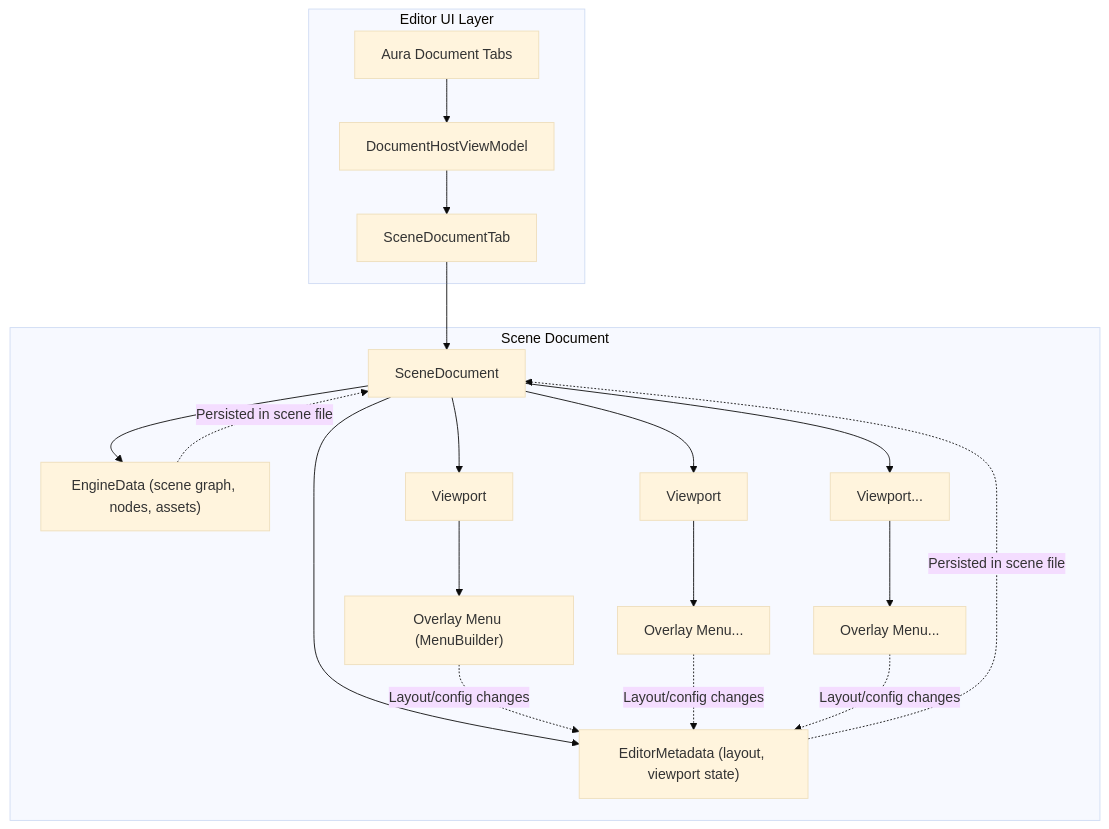
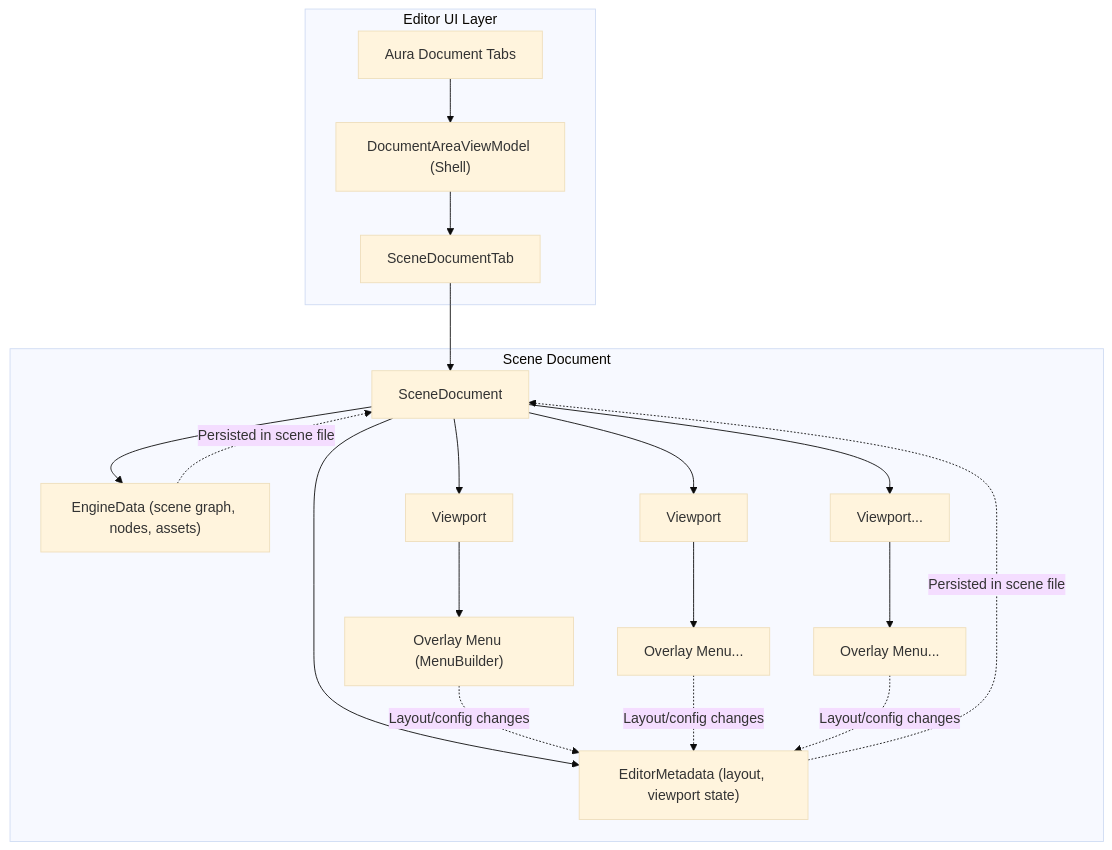
Before and after one commit to abdes/DroidNet: the diagram in projects/Oxygen.Editor.WorldEditor/docs/design-editors.md, drawn with Mermaid (base theme). The commit also changed other lines of this file and 222 other files, not shown here.

````diff
--- a/projects/Oxygen.Editor.WorldEditor/docs/design-editors.md
+++ b/projects/Oxygen.Editor.WorldEditor/docs/design-editors.md
@@ -8,40 +7,40 @@
 ```mermaid
 graph TB
     subgraph "Editor UI Layer"
         AuraTabs["Aura Document Tabs"]
-        DocHostVM["DocumentHostViewModel"]
+        DocHostVM["DocumentAreaViewModel (Shell)"]
         SceneTab["SceneDocumentTab"]
     end
 
     subgraph "Scene Document"
         SceneDoc["SceneDocument"]
         EditorMeta["EditorMetadata (layout, viewport state)"]
         EngineData["EngineData (scene graph, nodes, assets)"]
         Viewport1["Viewport"]
         Viewport2["Viewport"]
         ViewportN["Viewport..."]
         OverlayMenu1["Overlay Menu (MenuBuilder)"]
         OverlayMenu2["Overlay Menu..."]
         OverlayMenuN["Overlay Menu..."]
     end
 
     AuraTabs --> DocHostVM
     DocHostVM --> SceneTab
     SceneTab --> SceneDoc
     SceneDoc --> EditorMeta
     SceneDoc --> EngineData
     SceneDoc --> Viewport1
     SceneDoc --> Viewport2
     SceneDoc --> ViewportN
 
     Viewport1 --> OverlayMenu1
     Viewport2 --> OverlayMenu2
     ViewportN --> OverlayMenuN
 
     OverlayMenu1 -.->|Layout/config changes| EditorMeta
     OverlayMenu2 -.->|Layout/config changes| EditorMeta
     OverlayMenuN -.->|Layout/config changes| EditorMeta
 
     EditorMeta -.->|Persisted in scene file| SceneDoc
     EngineData -.->|Persisted in scene file| SceneDoc
 ```
````
